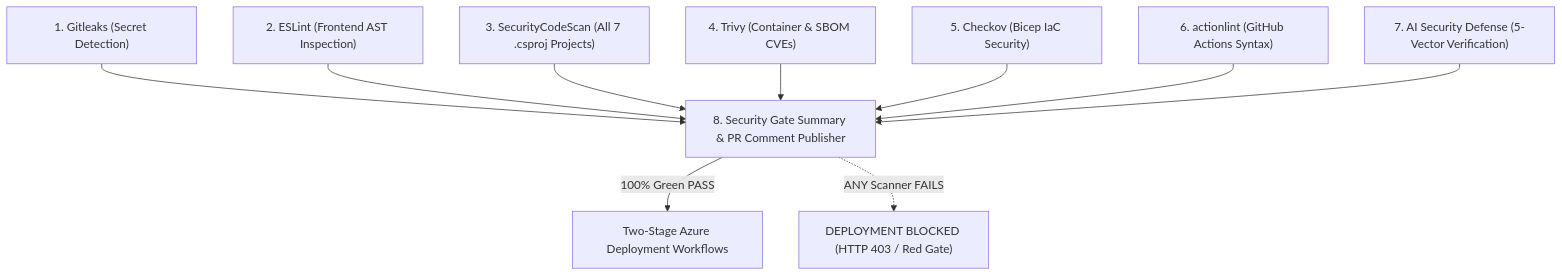
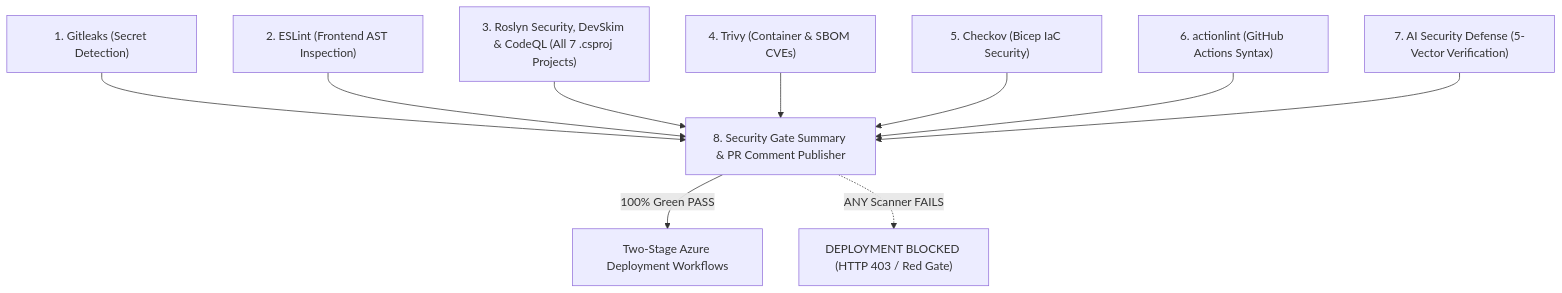
The diagram in docs/sdd/04_security_and_compliance.md (nikunjbanker/diet-dost), drawn with Mermaid before and after one commit. The commit also changed 14 other files, not shown here.

First line of the commit message:
feat(security): modernize code security tooling, resolve deprecations, and integrate multi-layer C# SAST (Roslyn, DevSkim & CodeQL)

````diff
--- a/docs/sdd/04_security_and_compliance.md
+++ b/docs/sdd/04_security_and_compliance.md
@@ -120,16 +120,16 @@
 ```mermaid
 graph TD
     SCAN1["1. Gitleaks (Secret Detection)"]
     SCAN2["2. ESLint (Frontend AST Inspection)"]
-    SCAN3["3. SecurityCodeScan (All 7 .csproj Projects)"]
+    SCAN3["3. Roslyn Security, DevSkim & CodeQL (All 7 .csproj Projects)"]
     SCAN4["4. Trivy (Container & SBOM CVEs)"]
     SCAN5["5. Checkov (Bicep IaC Security)"]
     SCAN6["6. actionlint (GitHub Actions Syntax)"]
     SCAN7["7. AI Security Defense (5-Vector Verification)"]
     SUMMARY["8. Security Gate Summary & PR Comment Publisher"]
     DEPLOY["Two-Stage Azure Deployment Workflows"]
 
     SCAN1 & SCAN2 & SCAN3 & SCAN4 & SCAN5 & SCAN6 & SCAN7 --> SUMMARY
     SUMMARY -->|100% Green PASS| DEPLOY
     SUMMARY -.->|ANY Scanner FAILS| BLOCKED["DEPLOYMENT BLOCKED (HTTP 403 / Red Gate)"]
 ```
````
